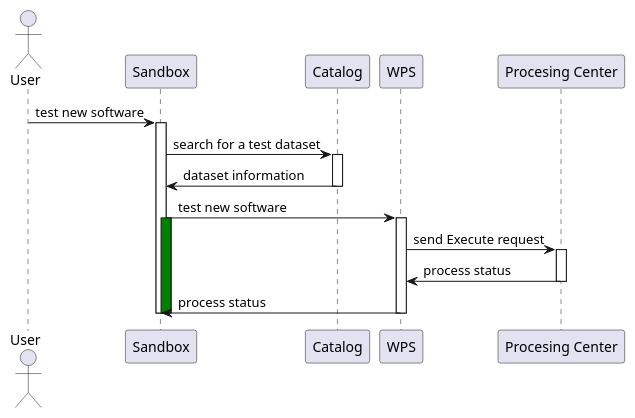
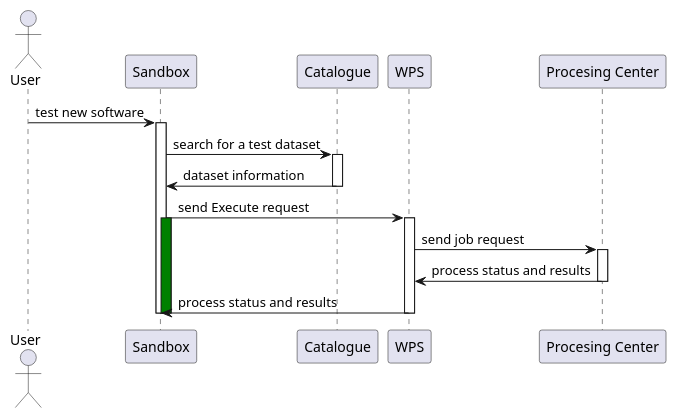
One commit to urban-tep/DDF-SDD changed the third of 4 diagrams in source/design/UC03.rst. Above: the diagram before and after it, drawn with PlantUML. The commit also changed other lines of this file, not shown here.

Commit message:
Added new sequence diagram in 4.3.3. Deploying a new service with description

```diff
--- a/source/design/UC03.rst
+++ b/source/design/UC03.rst
@@ -93,27 +92,27 @@
 .. uml::
   :caption: Testing of new software
   :align: center
   
   actor "User"
   participant "Sandbox"
-  participant "Catalog"
+  participant "Catalogue"
   participant "WPS"
   participant "Procesing Center" as PC
   
   User -> Sandbox : test new software
   activate Sandbox
-  Sandbox -> Catalog : search for a test dataset
-  activate Catalog
-  Catalog -> Sandbox : dataset information
-  deactivate Catalog
-  Sandbox -> WPS : test new software
+  Sandbox -> Catalogue : search for a test dataset
+  activate Catalogue
+  Catalogue -> Sandbox : dataset information
+  deactivate Catalogue
+  Sandbox -> WPS : send Execute request
   activate Sandbox #Green
   activate WPS
-  WPS -> PC : send Execute request
+  WPS -> PC : send job request
   activate PC
-  PC -> WPS : process status
+  PC -> WPS : process status and results
   deactivate PC
-  WPS -> Sandbox : process status
+  WPS -> Sandbox : process status and results
   deactivate WPS
   deactivate Sandbox
   deactivate Sandbox
```
